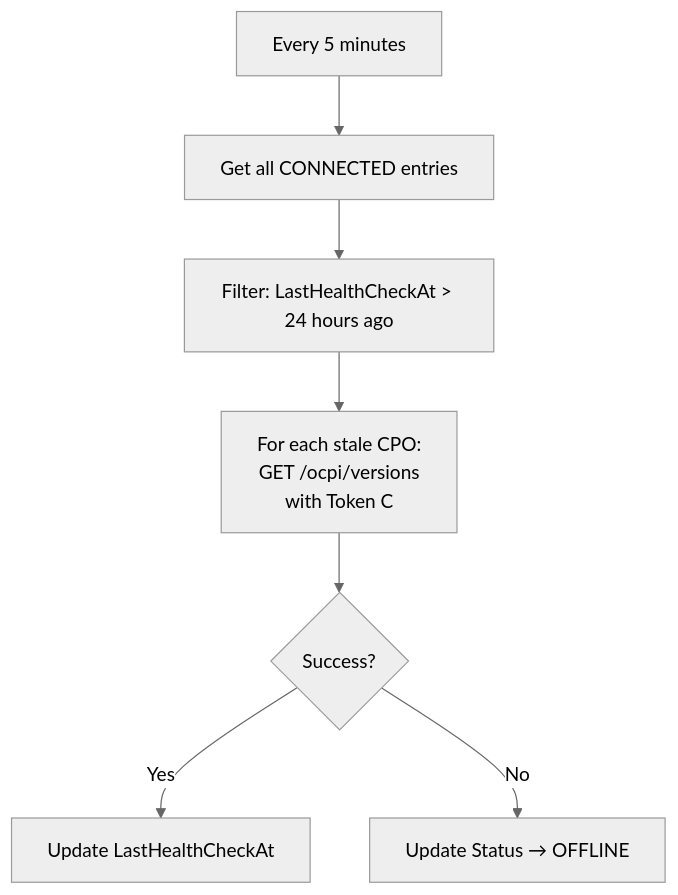
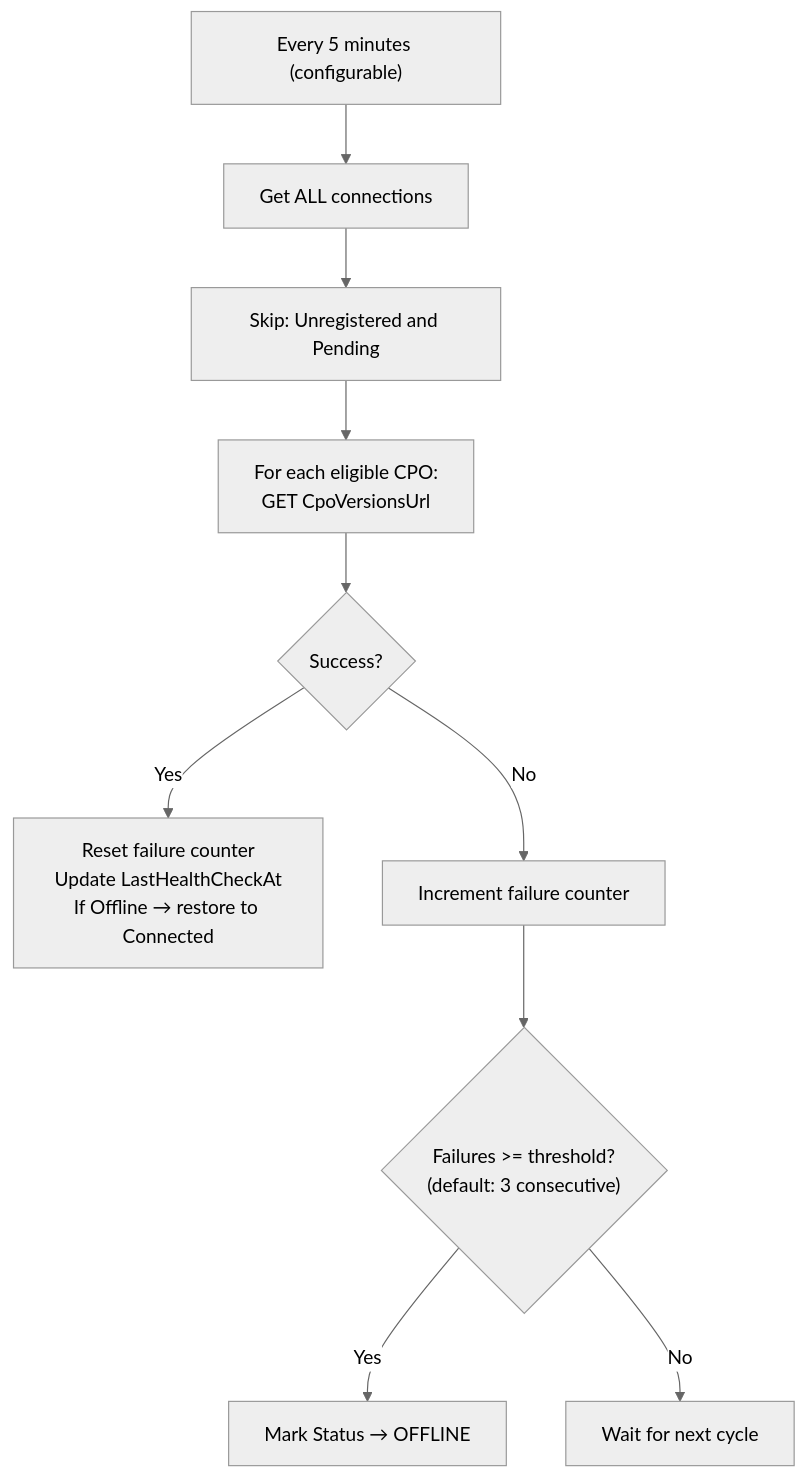
Diagram 13 of 13 in docs/cpo-registry.md (hannan-m/DotOcpi), drawn with Mermaid (neutral theme) before and after one commit. The commit also changed other lines of this file, not shown here.

First line of the commit message:
fix cpo-registry.md to match actual implementation

````diff
--- a/docs/cpo-registry.md
+++ b/docs/cpo-registry.md
@@ -444,9 +438,12 @@
 ```mermaid
 graph TD
-    Timer["Every 5 minutes"] --> GetAll["Get all CONNECTED entries"]
-    GetAll --> Filter["Filter: LastHealthCheckAt > 24 hours ago"]
-    Filter --> Probe["For each stale CPO:<br/>GET /ocpi/versions<br/>with Token C"]
+    Timer["Every 5 minutes (configurable)"] --> GetAll["Get ALL connections"]
+    GetAll --> Filter["Skip: Unregistered and Pending"]
+    Filter --> Probe["For each eligible CPO:<br/>GET CpoVersionsUrl"]
     Probe --> Success{Success?}
-    Success -->|Yes| Update["Update LastHealthCheckAt"]
-    Success -->|No| MarkOffline["Update Status → OFFLINE"]
+    Success -->|Yes| Reset["Reset failure counter<br/>Update LastHealthCheckAt<br/>If Offline → restore to Connected"]
+    Success -->|No| Increment["Increment failure counter"]
+    Increment --> Threshold{"Failures >= threshold?<br/>(default: 3 consecutive)"}
+    Threshold -->|Yes| MarkOffline["Mark Status → OFFLINE"]
+    Threshold -->|No| Wait["Wait for next cycle"]
 ```
````
